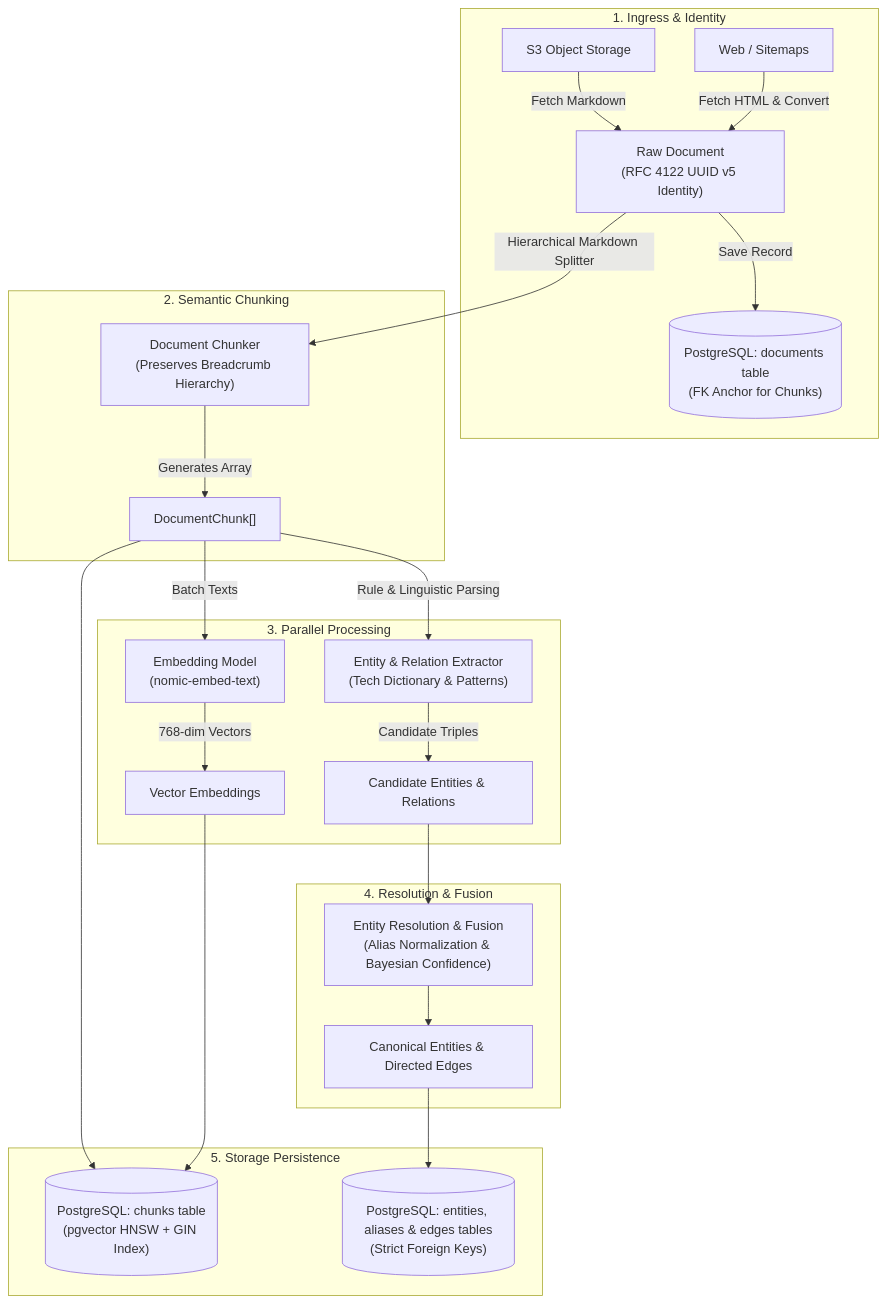
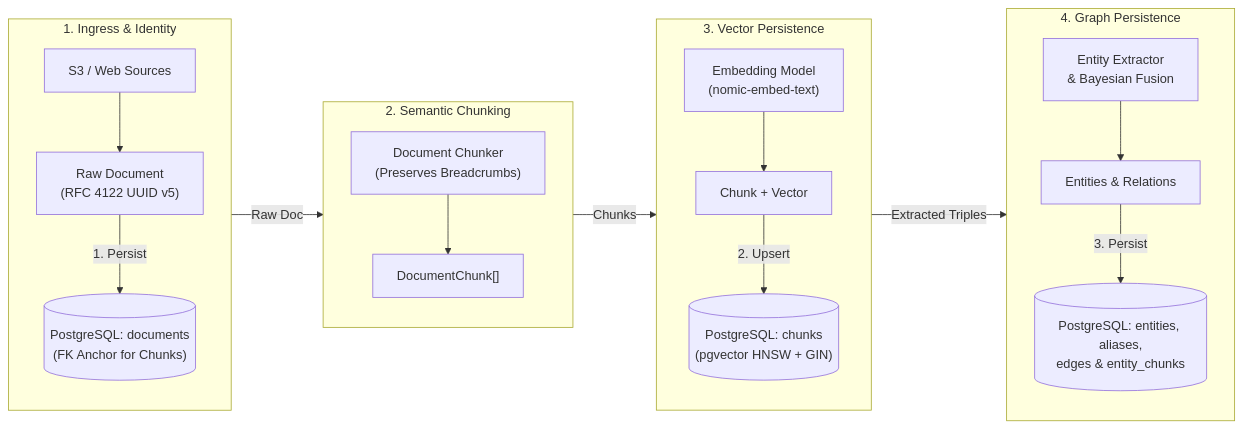
The second of 2 diagrams in blogpost.md (justcoon/golem-kgs-effect), drawn with Mermaid before and after one commit. The commit also changed 104 other files, not shown here.

````diff
--- a/blogpost.md
+++ b/blogpost.md
@@ -82,32 +82,40 @@
 ```mermaid
-flowchart TD
-    subgraph Ingress["1. Ingress & Identity"]
-        S3["S3 Object Storage"] -->|"Fetch Markdown"| RawDoc["Raw Document<br/>(RFC 4122 UUID v5 Identity)"]
-        Web["Web / Sitemaps"] -->|"Fetch HTML & Convert"| RawDoc
-        RawDoc -->|"Save Record"| DocDB[("PostgreSQL: documents table<br/>(FK Anchor for Chunks)")]
+flowchart LR
+    subgraph S1["1. Ingress & Identity"]
+        direction TB
+        Sources["S3 / Web Sources"]
+        RawDoc["Raw Document<br/>(RFC 4122 UUID v5)"]
+        DocDB[("PostgreSQL: documents<br/>(FK Anchor for Chunks)")]
+        Sources --> RawDoc
+        RawDoc -->|"1. Persist"| DocDB
     end
 
-    subgraph Chunking["2. Semantic Chunking"]
-        RawDoc -->|"Hierarchical Markdown Splitter"| Chunker["Document Chunker<br/>(Preserves Breadcrumb Hierarchy)"]
-        Chunker -->|"Generates Array"| Chunks["DocumentChunk[]"]
+    subgraph S2["2. Semantic Chunking"]
+        direction TB
+        Chunker["Document Chunker<br/>(Preserves Breadcrumbs)"]
+        Chunks["DocumentChunk[]"]
+        Chunker --> Chunks
     end
 
-    subgraph Processing["3. Parallel Processing"]
-        Chunks -->|"Batch Texts"| EmbService["Embedding Model<br/>(nomic-embed-text)"]
-        EmbService -->|"768-dim Vectors"| Vectors["Vector Embeddings"]
-
-        Chunks -->|"Rule & Linguistic Parsing"| Extractor["Entity & Relation Extractor<br/>(Tech Dictionary & Patterns)"]
-        Extractor -->|"Candidate Triples"| Triples["Candidate Entities & Relations"]
+    subgraph S3["3. Vector Persistence"]
+        direction TB
+        Emb["Embedding Model<br/>(nomic-embed-text)"]
+        ChunkVec["Chunk + Vector"]
+        ChunkDB[("PostgreSQL: chunks<br/>(pgvector HNSW + GIN)")]
+        Emb --> ChunkVec
+        ChunkVec -->|"2. Upsert"| ChunkDB
     end
 
-    subgraph Resolution["4. Resolution & Fusion"]
-        Triples --> Fusion["Entity Resolution & Fusion<br/>(Alias Normalization & Bayesian Confidence)"]
-        Fusion --> CanonicalGraph["Canonical Entities & Directed Edges"]
+    subgraph S4["4. Graph Persistence"]
+        direction TB
+        Extract["Entity Extractor<br/>& Bayesian Fusion"]
+        Graph["Entities & Relations"]
+        GraphDB[("PostgreSQL: entities, aliases,<br/>edges & entity_chunks")]
+        Extract --> Graph
+        Graph -->|"3. Persist"| GraphDB
     end
 
-    subgraph Persistence["5. Storage Persistence"]
-        Chunks --> ChunkDB[("PostgreSQL: chunks table<br/>(pgvector HNSW + GIN Index)")]
-        Vectors --> ChunkDB
-        CanonicalGraph --> GraphDB[("PostgreSQL: entities, aliases & edges tables<br/>(Strict Foreign Keys)")]
-    end
+    S1 -->|"Raw Doc"| S2
+    S2 -->|"Chunks"| S3
+    S3 -->|"Extracted Triples"| S4
 ```
````
